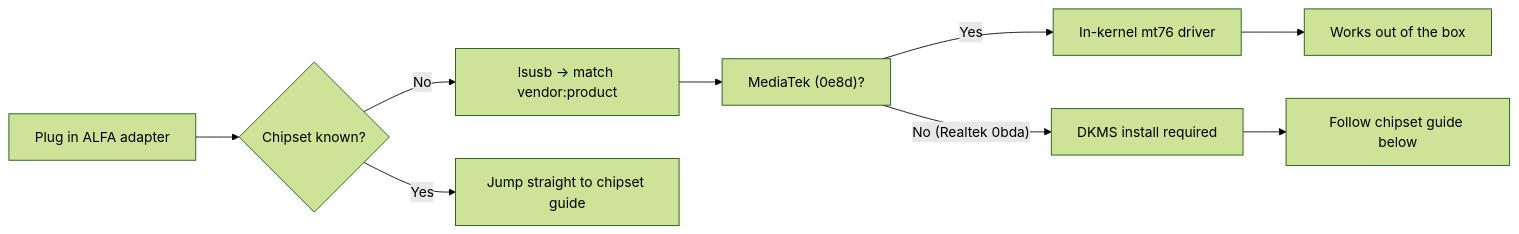
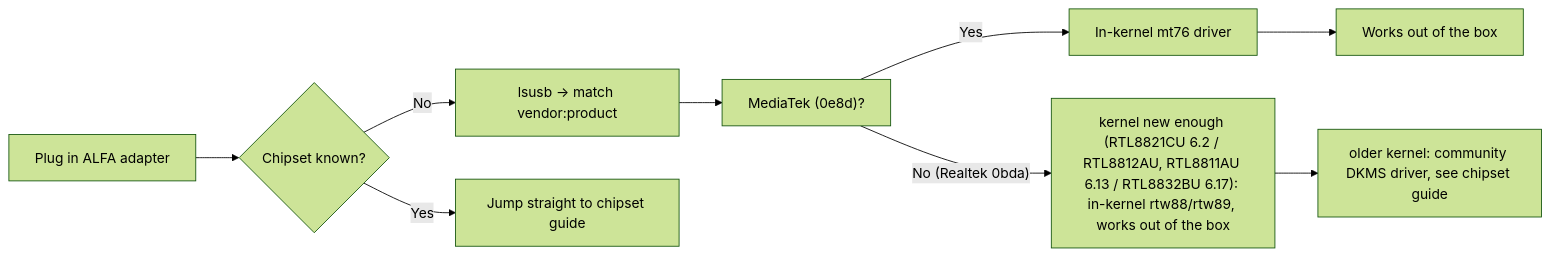
Before and after one commit to yopitek/yupitek-wiki: the diagram in i18n/zh-TW/docusaurus-plugin-content-docs/current/01-alfa-network/drivers/index.md, drawn with Mermaid (forest theme). The commit also changed other lines of this file and 108 other files, not shown here.

````diff
--- a/i18n/zh-TW/docusaurus-plugin-content-docs/current/01-alfa-network/drivers/index.md
+++ b/i18n/zh-TW/docusaurus-plugin-content-docs/current/01-alfa-network/drivers/index.md
@@ -14,11 +14,11 @@
 ```mermaid
 flowchart LR
     A["Plug in ALFA adapter"] --> B{"Chipset known?"}
     B -- "No" --> C["lsusb → match vendor:product"]
     C --> D["MediaTek (0e8d)?"]
     D -- "Yes" --> E["In-kernel mt76 driver"]
     E --> F["Works out of the box"]
-    D -- "No (Realtek 0bda)" --> G["DKMS install required"]
-    G --> H["Follow chipset guide below"]
+    D -- "No (Realtek 0bda)" --> G["kernel new enough (RTL8821CU 6.2 / RTL8812AU, RTL8811AU 6.13 / RTL8832BU 6.17): in-kernel rtw88/rtw89, works out of the box"]
+    G --> H["older kernel: community DKMS driver, see chipset guide"]
     B -- "Yes" --> I["Jump straight to chipset guide"]
 ```
````
